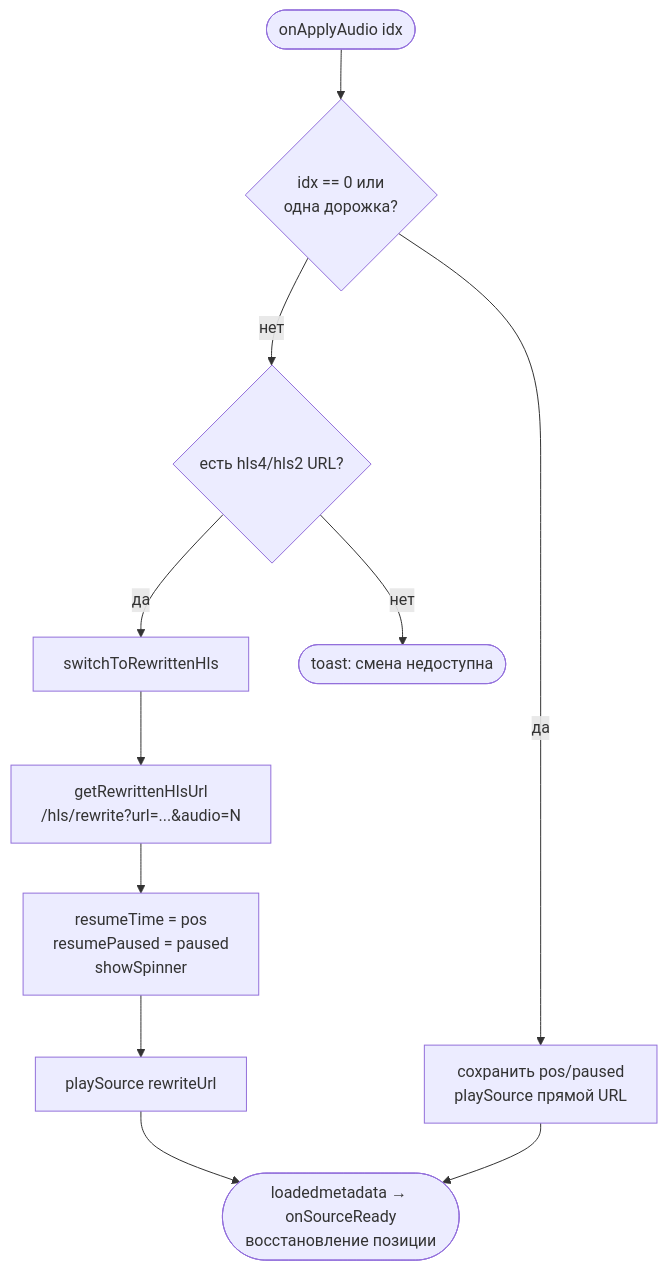
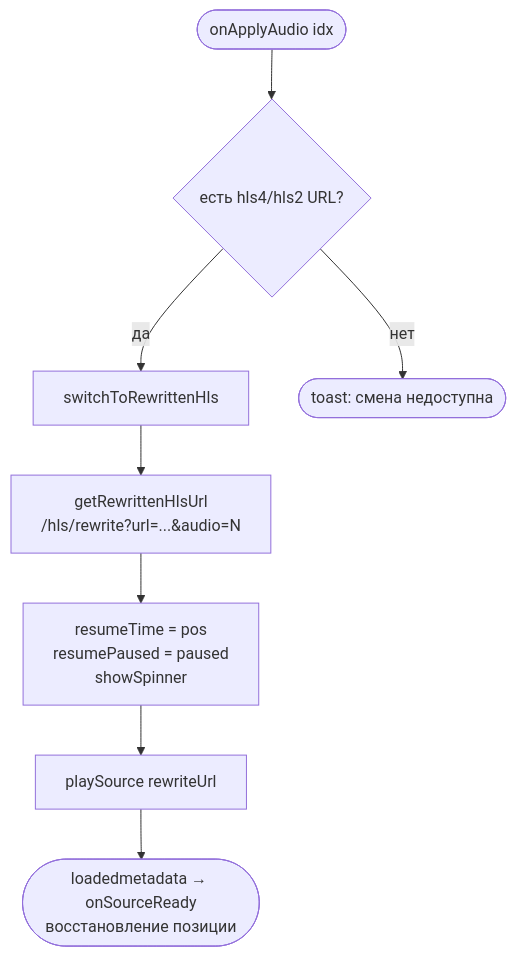
The second of 6 diagrams in doc/player-flow.md (stdray/yobapub), drawn with Mermaid before and after one commit. The commit also changed other lines of this file and 1 other file, not shown here.

Commit message:
fix(front): always route HLS through /hls/rewrite regardless of audio index

````diff
--- a/doc/player-flow.md
+++ b/doc/player-flow.md
@@ -45,17 +45,12 @@
 ```mermaid
 flowchart TD
-    A([onApplyAudio idx]) --> B{idx == 0 или\nодна дорожка?}
+    A([onApplyAudio idx]) --> B{есть hls4/hls2 URL?}
 
-    B -- да --> C[сохранить pos/paused\nplaySource прямой URL]
-    B -- нет --> D{есть hls4/hls2 URL?}
+    B -- да --> C[switchToRewrittenHls]
+    B -- нет --> D([toast: смена недоступна])
 
-    D -- да --> E[switchToRewrittenHls]
-    D -- нет --> F([toast: смена недоступна])
-
-    E --> G[getRewrittenHlsUrl\n/hls/rewrite?url=...&audio=N]
-    G --> H[resumeTime = pos\nresumePaused = paused\nshowSpinner]
-    H --> I[playSource rewriteUrl]
-    I --> J([loadedmetadata → onSourceReady\nвосстановление позиции])
-
-    C --> J
+    C --> E[getRewrittenHlsUrl\n/hls/rewrite?url=...&audio=N]
+    E --> F[resumeTime = pos\nresumePaused = paused\nshowSpinner]
+    F --> G[playSource rewriteUrl]
+    G --> H([loadedmetadata → onSourceReady\nвосстановление позиции])
 ```
````
